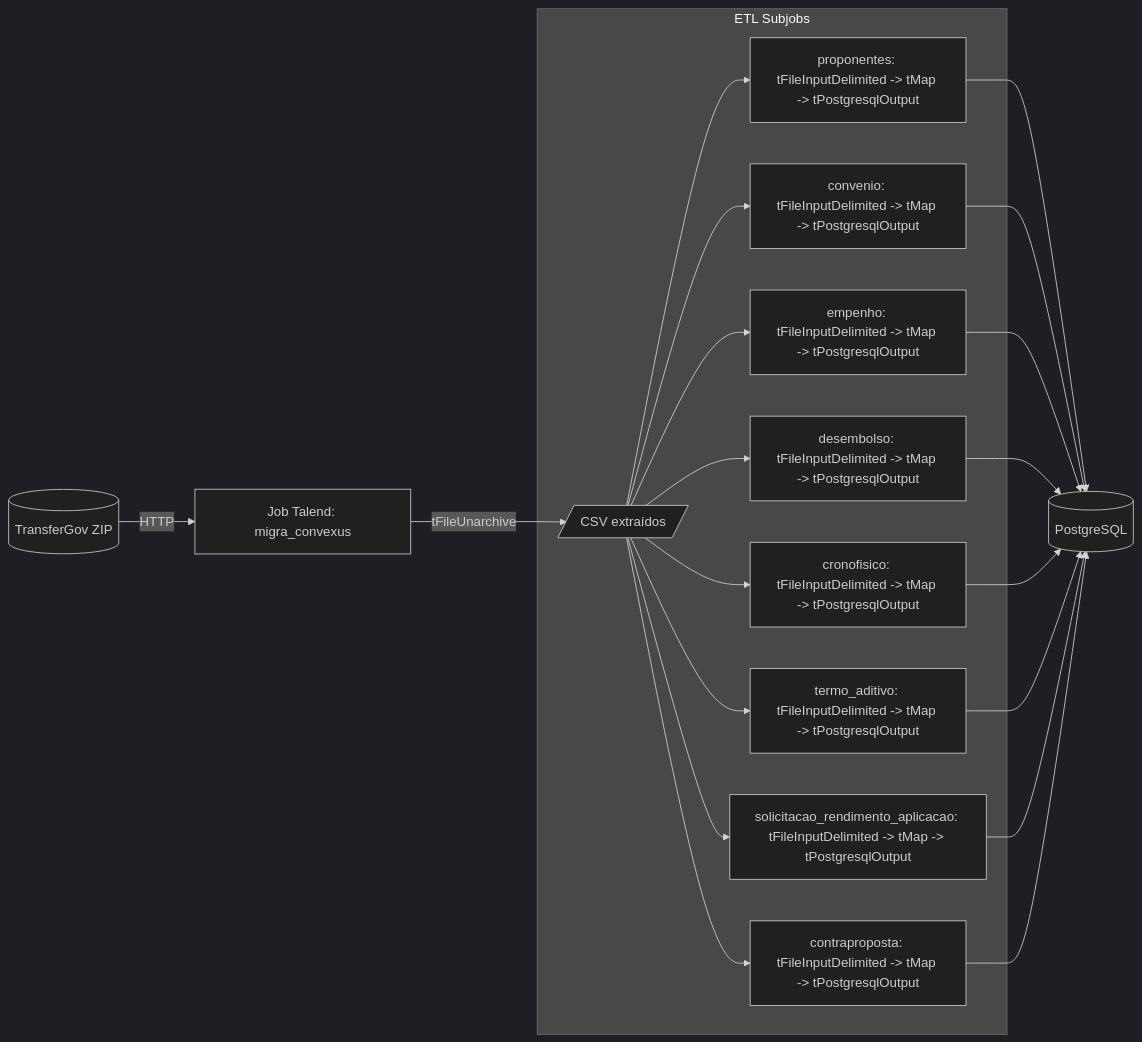
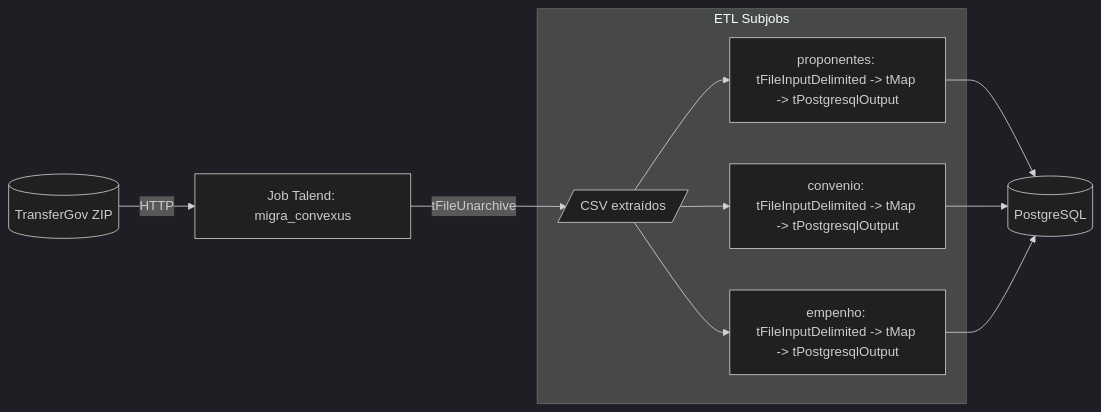
Before and after one commit to padeatho/teste: the first of 5 diagrams in teste.md, drawn with Mermaid (dark theme). The commit also changed other lines of this file, not shown here.

````diff
--- a/teste.md
+++ b/teste.md
@@ -13,16 +13,11 @@
 ```mermaid
 flowchart LR
     TG[(TransferGov ZIP)] -- HTTP --> J[Job Talend: migra_convexus]
     J -- tFileUnarchive --> STG[/CSV extraídos/]
     subgraph ETL Subjobs
       STG --> P1[proponentes: tFileInputDelimited -> tMap -> tPostgresqlOutput]
       STG --> P2[convenio: tFileInputDelimited -> tMap -> tPostgresqlOutput]
       STG --> P3[empenho: tFileInputDelimited -> tMap -> tPostgresqlOutput]
-      STG --> P4[desembolso: tFileInputDelimited -> tMap -> tPostgresqlOutput]
-      STG --> P5[cronofisico: tFileInputDelimited -> tMap -> tPostgresqlOutput]
-      STG --> P6[termo_aditivo: tFileInputDelimited -> tMap -> tPostgresqlOutput]
-      STG --> P7[solicitacao_rendimento_aplicacao: tFileInputDelimited -> tMap -> tPostgresqlOutput]
-      STG --> P8[contraproposta: tFileInputDelimited -> tMap -> tPostgresqlOutput]
     end
-    P1 & P2 & P3 & P4 & P5 & P6 & P7 & P8 --> PG[(PostgreSQL)]
+    P1 & P2 & P3 --> PG[(PostgreSQL)]
 ```
````
